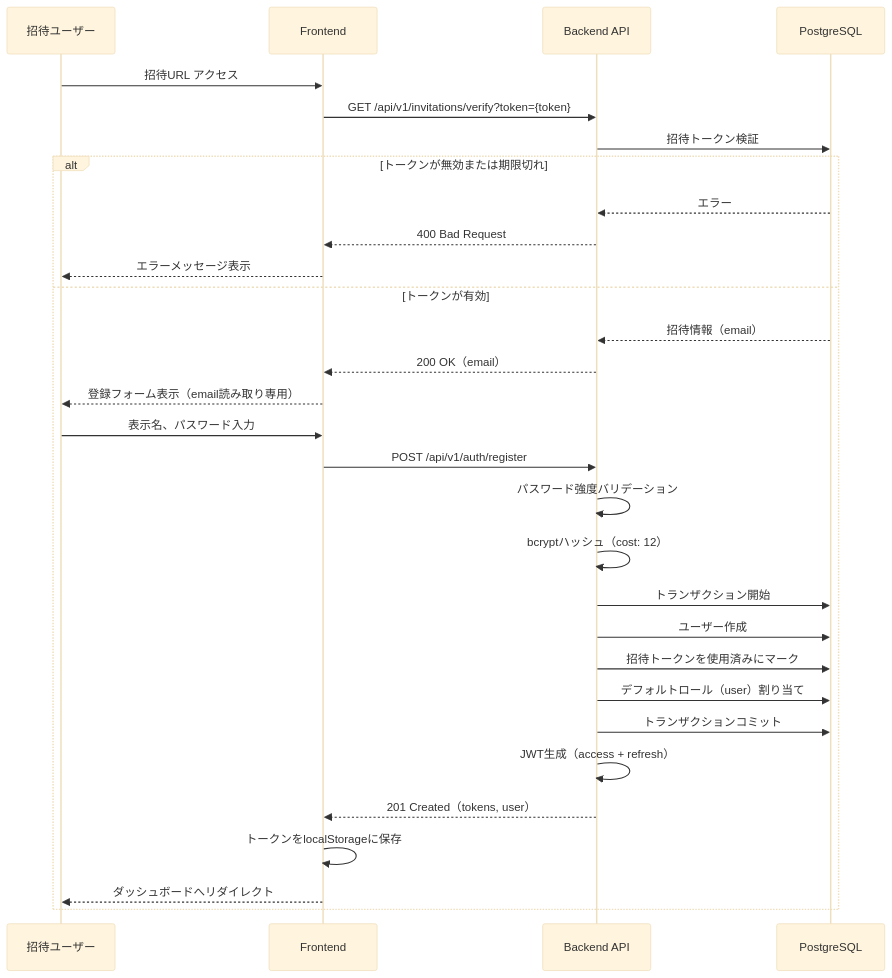
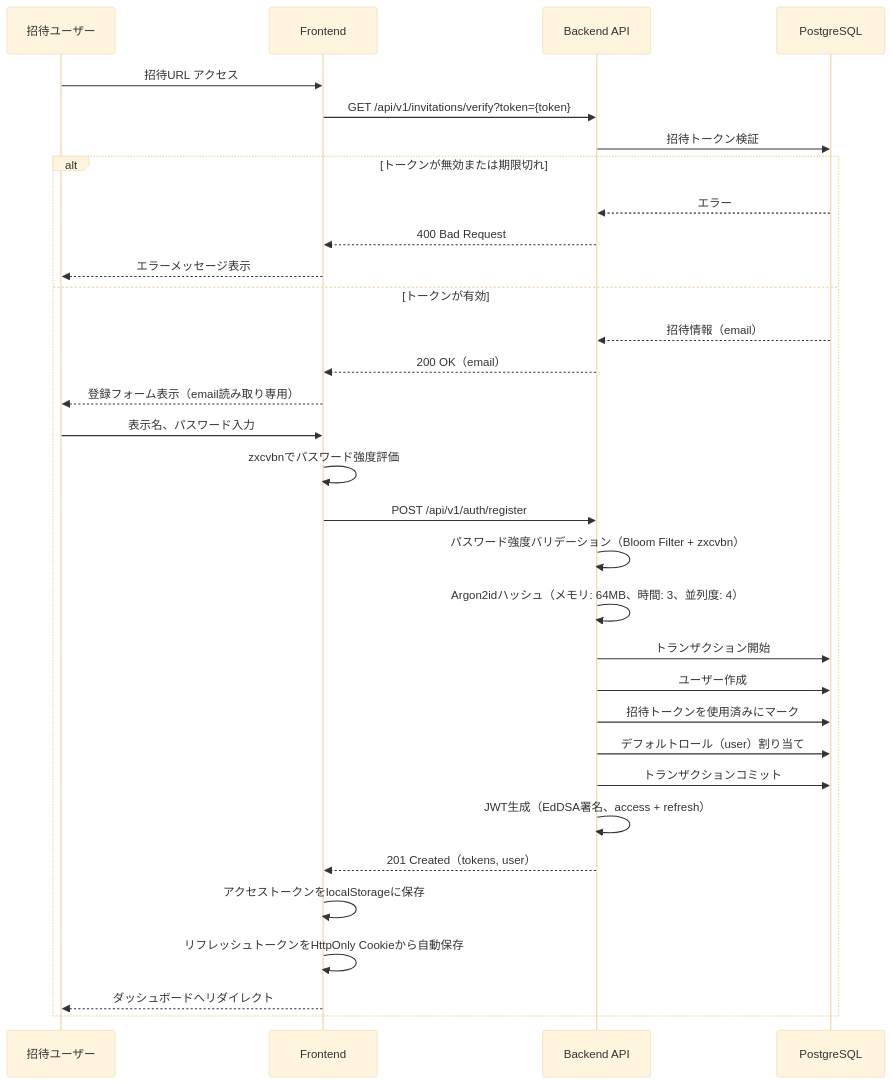
One commit to inakanou/ArchiTrack changed the third of 7 diagrams in .kiro/specs/user-authentication/design.md. Above: the diagram before and after it, drawn with Mermaid (base theme). The commit also changed other lines of this file and 1 other file, not shown here.

````diff
--- a/.kiro/specs/user-authentication/design.md
+++ b/.kiro/specs/user-authentication/design.md
@@ -456,34 +559,36 @@
 ```mermaid
 sequenceDiagram
     participant User as 招待ユーザー
     participant Frontend as Frontend
     participant Backend as Backend API
     participant DB as PostgreSQL
 
     User->>Frontend: 招待URL アクセス
     Frontend->>Backend: GET /api/v1/invitations/verify?token={token}
     Backend->>DB: 招待トークン検証
     alt トークンが無効または期限切れ
         DB-->>Backend: エラー
         Backend-->>Frontend: 400 Bad Request
         Frontend-->>User: エラーメッセージ表示
     else トークンが有効
         DB-->>Backend: 招待情報（email）
         Backend-->>Frontend: 200 OK（email）
         Frontend-->>User: 登録フォーム表示（email読み取り専用）
 
         User->>Frontend: 表示名、パスワード入力
+        Frontend->>Frontend: zxcvbnでパスワード強度評価
         Frontend->>Backend: POST /api/v1/auth/register
-        Backend->>Backend: パスワード強度バリデーション
-        Backend->>Backend: bcryptハッシュ（cost: 12）
+        Backend->>Backend: パスワード強度バリデーション（Bloom Filter + zxcvbn）
+        Backend->>Backend: Argon2idハッシュ（メモリ: 64MB、時間: 3、並列度: 4）
         Backend->>DB: トランザクション開始
         Backend->>DB: ユーザー作成
         Backend->>DB: 招待トークンを使用済みにマーク
         Backend->>DB: デフォルトロール（user）割り当て
         Backend->>DB: トランザクションコミット
-        Backend->>Backend: JWT生成（access + refresh）
+        Backend->>Backend: JWT生成（EdDSA署名、access + refresh）
         Backend-->>Frontend: 201 Created（tokens, user）
-        Frontend->>Frontend: トークンをlocalStorageに保存
+        Frontend->>Frontend: アクセストークンをlocalStorageに保存
+        Frontend->>Frontend: リフレッシュトークンをHttpOnly Cookieから自動保存
         Frontend-->>User: ダッシュボードへリダイレクト
     end
 ```
````
